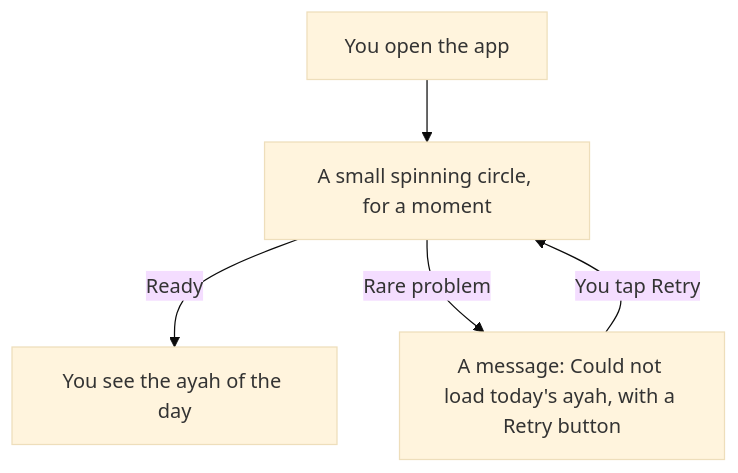
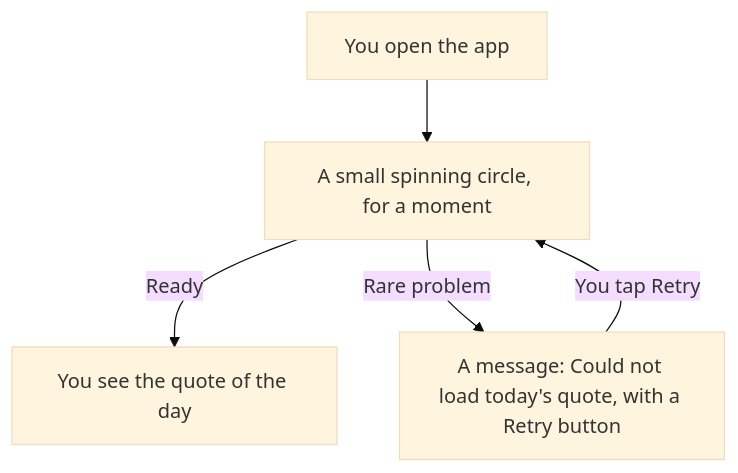
The second of 2 diagrams in docs/User-Daily-Ayah.md (shibbirweb/al-quran-quotes-android), drawn with Mermaid (base theme) before and after one commit. The commit also changed other lines of this file and 206 other files, not shown here.

First line of the commit message:
feat: add bottom navigation, quote CRUD with editable bundled ayahs, and a Room schema history check

````diff
--- a/docs/User-Daily-Ayah.md
+++ b/docs/User-Daily-Ayah.md
@@ -40,7 +54,7 @@
 ```mermaid
 flowchart TD
     OpenApp["You open the app"] --> Loading["A small spinning circle, for a moment"]
-    Loading -->|"Ready"| AyahShown["You see the ayah of the day"]
-    Loading -->|"Rare problem"| ErrorMessage["A message: Could not load today's ayah, with a Retry button"]
+    Loading -->|"Ready"| QuoteShown["You see the quote of the day"]
+    Loading -->|"Rare problem"| ErrorMessage["A message: Could not load today's quote, with a Retry button"]
     ErrorMessage -->|"You tap Retry"| Loading
 ```
````
